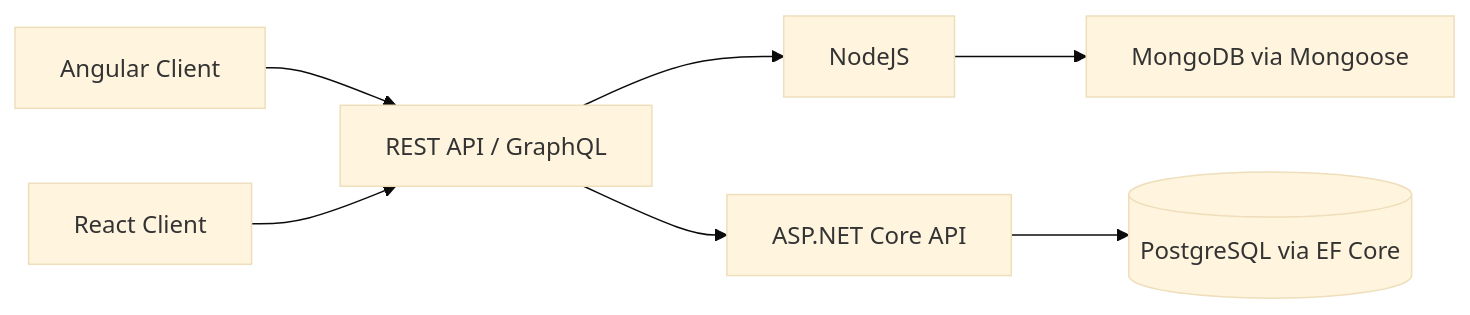
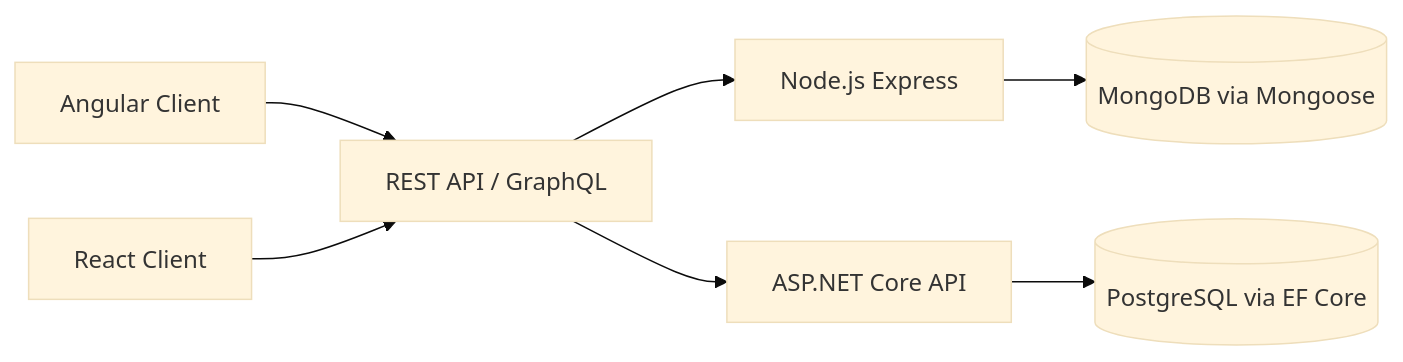
One commit to gui-silva-github/reactrack changed the first of 11 diagrams in README.md. Above: the diagram before and after it, drawn with Mermaid (base theme). The commit also changed other lines of this file, not shown here.

````diff
--- a/README.md
+++ b/README.md
@@ -113,9 +193,9 @@
 ```mermaid
 flowchart LR
     AC[Angular Client] --> API[REST API / GraphQL]
     RC[React Client] --> API
-    API --> NodeJS
-    NodeJS --> MDB[MongoDB via Mongoose]
+    API --> NodeJS[Node.js Express]
+    NodeJS --> MDB[(MongoDB via Mongoose)]
     API --> DOTNET[ASP.NET Core API]
     DOTNET --> PG[(PostgreSQL via EF Core)]
 ```
````
